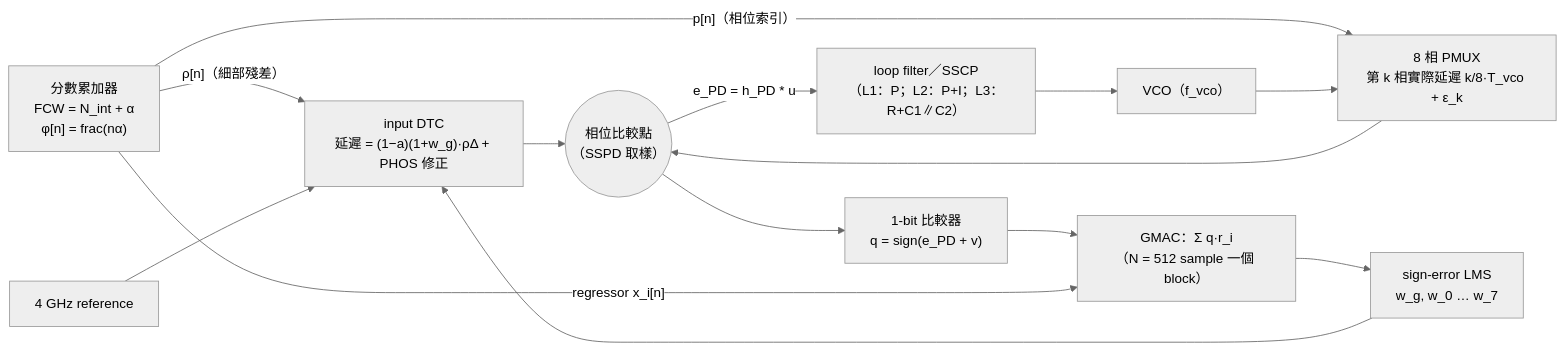
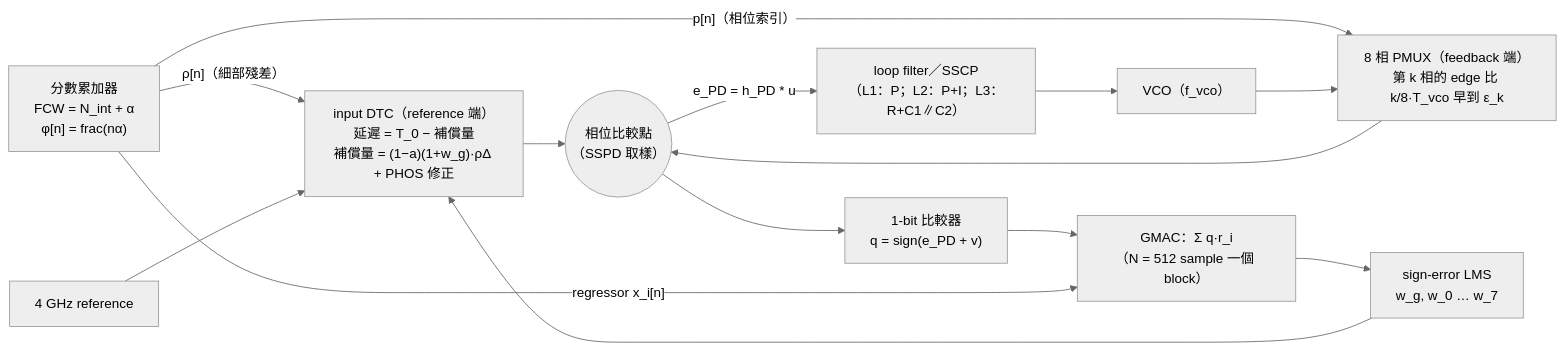
Before and after one commit to gmcycle7/LMS_PLL_CAL: the diagram in docs/analysis/sspll-gos-phos-polarity.md, drawn with Mermaid (neutral theme). The commit also changed other lines of this file and 281 other files, not shown here.

````diff
--- a/docs/analysis/sspll-gos-phos-polarity.md
+++ b/docs/analysis/sspll-gos-phos-polarity.md
@@ -116,16 +116,16 @@
 ```mermaid
 flowchart LR
   ACC["分數累加器<br/>FCW = N_int + α<br/>φ[n] = frac(nα)"] -->|"ρ[n]（細部殘差）"| DTC
   ACC -->|"p[n]（相位索引）"| PMUX
-  REF["4 GHz reference"] --> DTC["input DTC<br/>延遲 = (1−a)(1+w_g)·ρΔ + PHOS 修正"]
+  REF["4 GHz reference"] --> DTC["input DTC（reference 端）<br/>延遲 = T_0 − 補償量<br/>補償量 = (1−a)(1+w_g)·ρΔ + PHOS 修正"]
   DTC --> SUM(("相位比較點<br/>（SSPD 取樣）"))
-  VCO["VCO（f_vco）"] --> PMUX["8 相 PMUX<br/>第 k 相實際延遲 k/8·T_vco + ε_k"]
+  VCO["VCO（f_vco）"] --> PMUX["8 相 PMUX（feedback 端）<br/>第 k 相的 edge 比 k/8·T_vco 早到 ε_k"]
   PMUX --> SUM
   SUM -->|"e_PD = h_PD * u"| LF["loop filter／SSCP<br/>（L1：P；L2：P+I；L3：R+C1∥C2）"]
   LF --> VCO
   SUM --> CMP["1-bit 比較器<br/>q = sign(e_PD + v)"]
   CMP --> GMAC["GMAC：Σ q·r_i<br/>（N = 512 sample 一個 block）"]
   ACC -->|"regressor x_i[n]"| GMAC
   GMAC --> LMS["sign-error LMS<br/>w_g, w_0 … w_7"]
   LMS --> DTC
 ```
````
